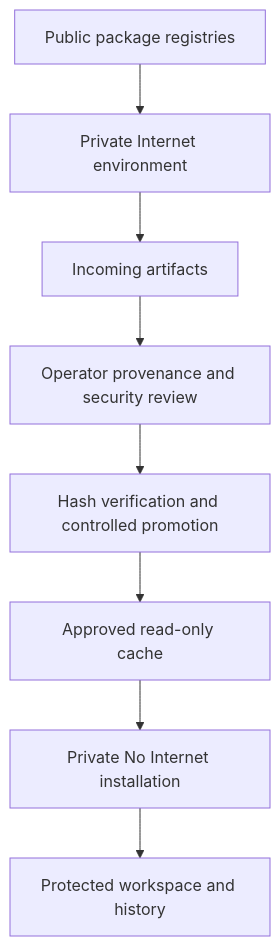
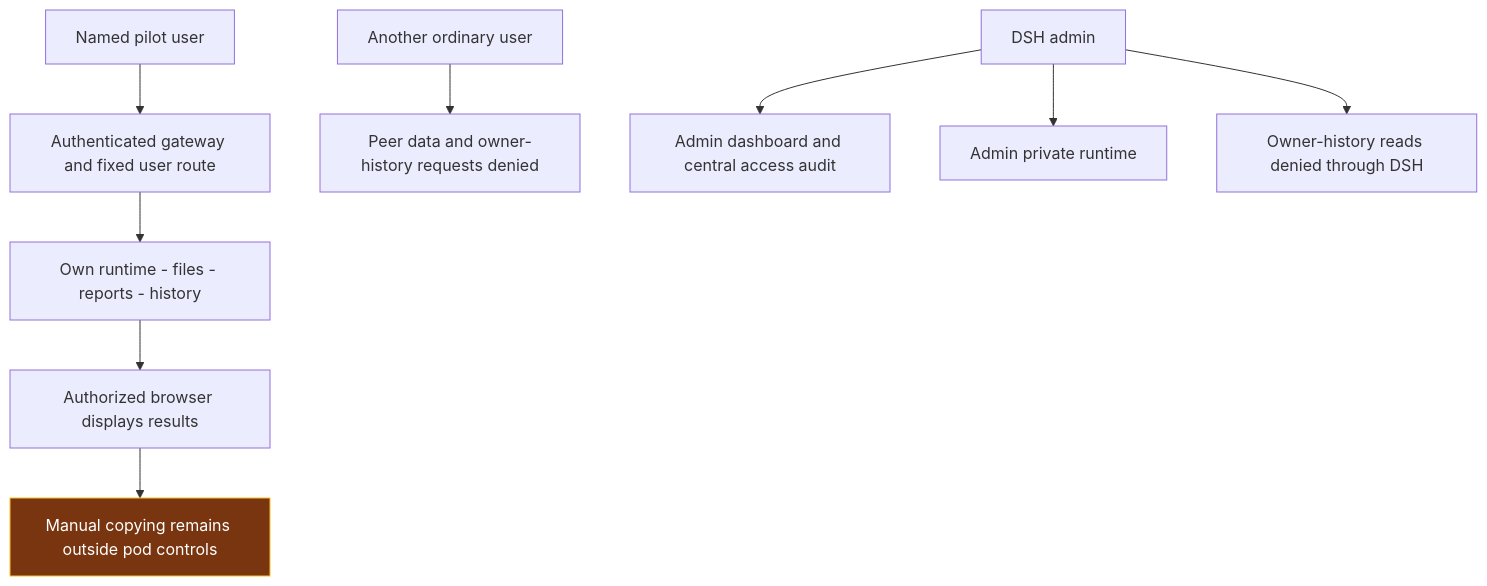
The third of 3 diagrams in docs/DSH_RDT_PILOT_SECURITY_CONTROL_ASSESSMENT.md (skunpoj/dsh_setup), drawn with Mermaid before and after one commit. The commit also changed other lines of this file and 6 other files, not shown here.

Commit message:
Centre pilot report on the three risk controls and separate technical references

````diff
--- a/docs/DSH_RDT_PILOT_SECURITY_CONTROL_ASSESSMENT.md
+++ b/docs/DSH_RDT_PILOT_SECURITY_CONTROL_ASSESSMENT.md
@@ -128,10 +122,13 @@
 ```mermaid
 flowchart TB
- R[Public package registries] --> I[Private Internet environment]
- I --> N[Incoming artifacts]
- N --> V[Operator provenance and security review]
- V --> H[Hash verification and controlled promotion]
- H --> A[Approved read-only cache]
- A --> S[Private No Internet installation]
- S --> W[Protected workspace and history]
+ U[Named pilot user] --> G[Authenticated gateway and fixed user route]
+ G --> A[Own runtime - files - reports - history]
+ X[Another ordinary user] --> N[Peer data and owner-history requests denied]
+ AD[DSH admin] --> D[Admin dashboard and central access audit]
+ AD --> P[Admin private runtime]
+ AD --> B[Owner-history reads denied through DSH]
+ A --> BR[Authorized browser displays results]
+ BR --> M[Manual copying remains outside pod controls]
+ classDef boundary fill:#78350f,stroke:#fbbf24,color:#ffffff
+ class M boundary
 ```
````
